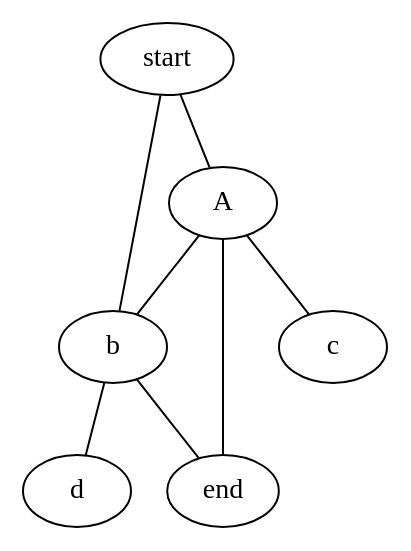
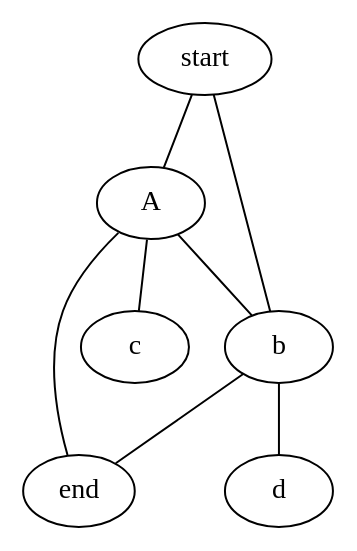
Before and after one commit to AlexanderNenninger/AOC2021: the diagram in output/day_12_test_graph_display.dot, drawn with Graphviz. The commit also changed other lines of this file and 5 other files, not shown here.

```diff
--- a/output/day_12_test_graph_display.dot
+++ b/output/day_12_test_graph_display.dot
@@ -1,9 +1,9 @@
 graph {
+	A -- end
 	A -- b
-	A -- end
+	b -- d
+	b -- end
+	start -- A
+	start -- b
 	A -- c
-	start -- A
-	b -- d
-	start -- b
-	b -- end
 }
```
